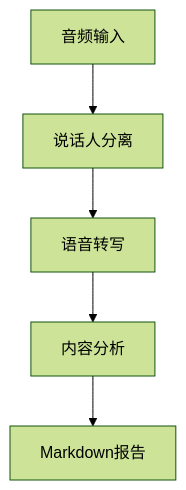
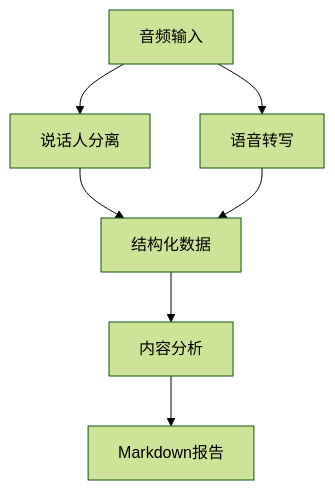
One commit to JokingXie/meeting-minutes changed the diagram in README.md. Above: the diagram before and after it, drawn with Mermaid (forest theme). The commit also changed other lines of this file, not shown here.

Commit message:
Improve mermaid

````diff
--- a/README.md
+++ b/README.md
@@ -14,7 +12,9 @@
 ```mermaid
 graph TD
     A[音频输入] --> B[说话人分离]
-    B --> C[语音转写]
-    C --> D[内容分析]
-    D --> E[Markdown报告]
+    A --> C[语音转写]
+    B --> D[结构化数据]
+    C --> D
+    D --> E[内容分析]
+    E --> F[Markdown报告]
 ```
````
